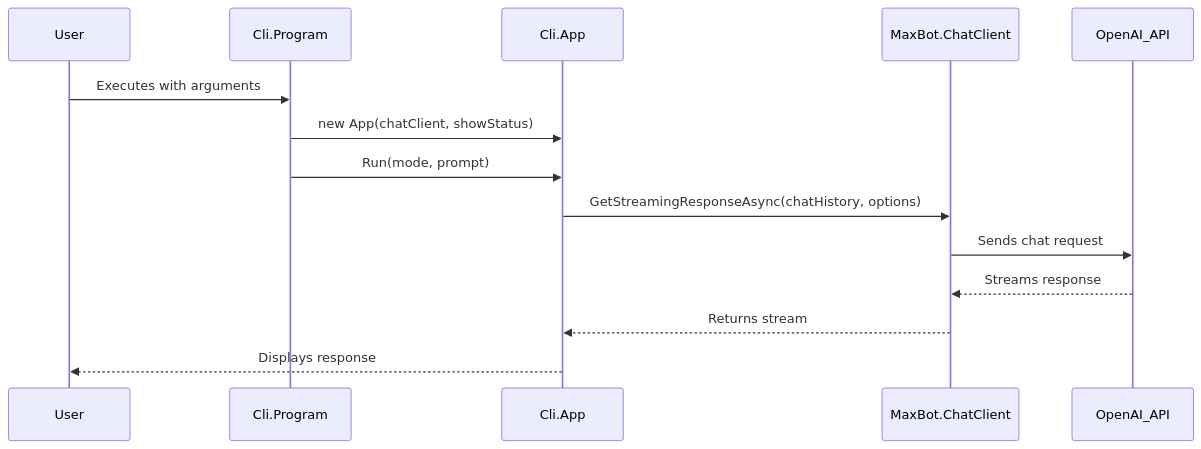
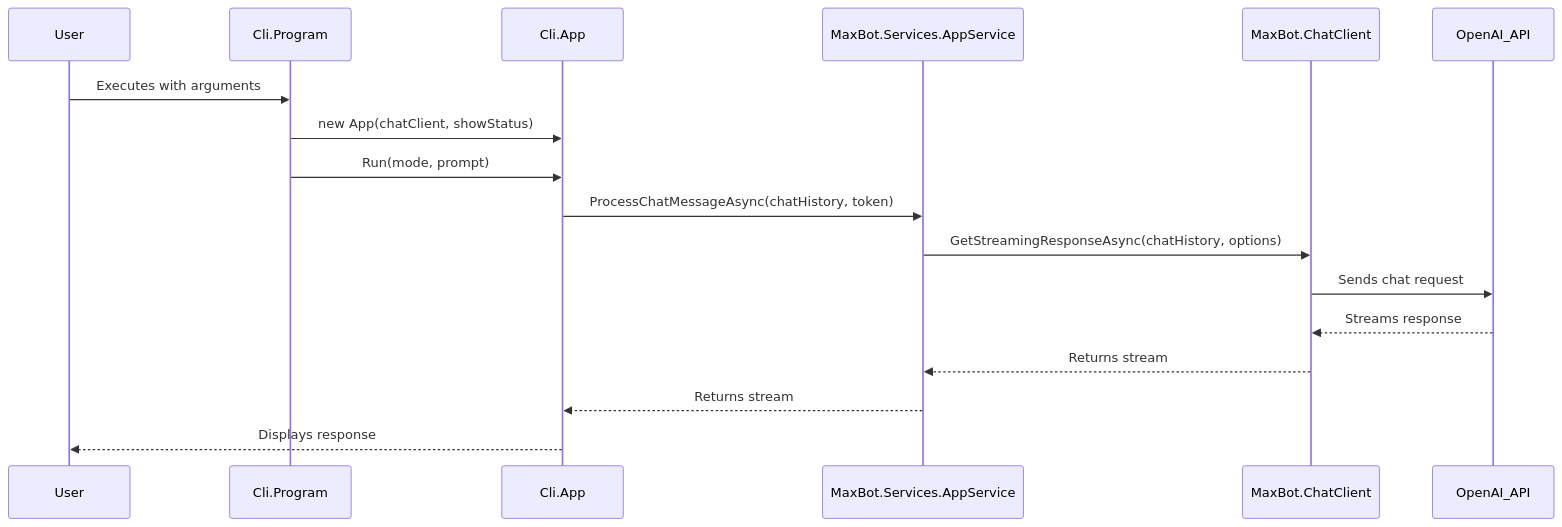
One commit to peakflames/mogzi changed the second of 2 diagrams in .clinerules/developer_guidelines.md. Above: the diagram before and after it, drawn with Mermaid. The commit also changed other lines of this file and 6 other files, not shown here.

First line of the commit message:
refactor: implement Services layer with AppService

````diff
--- a/.clinerules/developer_guidelines.md
+++ b/.clinerules/developer_guidelines.md
@@ -129,17 +149,20 @@
 ```mermaid
 sequenceDiagram
     participant User
     participant Cli.Program
     participant Cli.App
+    participant MaxBot.Services.AppService
     participant MaxBot.ChatClient
     participant OpenAI_API
 
     User->>Cli.Program: Executes with arguments
     Cli.Program->>Cli.App: new App(chatClient, showStatus)
     Cli.Program->>Cli.App: Run(mode, prompt)
-    Cli.App->>MaxBot.ChatClient: GetStreamingResponseAsync(chatHistory, options)
+    Cli.App->>MaxBot.Services.AppService: ProcessChatMessageAsync(chatHistory, token)
+    MaxBot.Services.AppService->>MaxBot.ChatClient: GetStreamingResponseAsync(chatHistory, options)
     MaxBot.ChatClient->>OpenAI_API: Sends chat request
     OpenAI_API-->>MaxBot.ChatClient: Streams response
-    MaxBot.ChatClient-->>Cli.App: Returns stream
+    MaxBot.ChatClient-->>MaxBot.Services.AppService: Returns stream
+    MaxBot.Services.AppService-->>Cli.App: Returns stream
     Cli.App-->>User: Displays response
 ```
````
